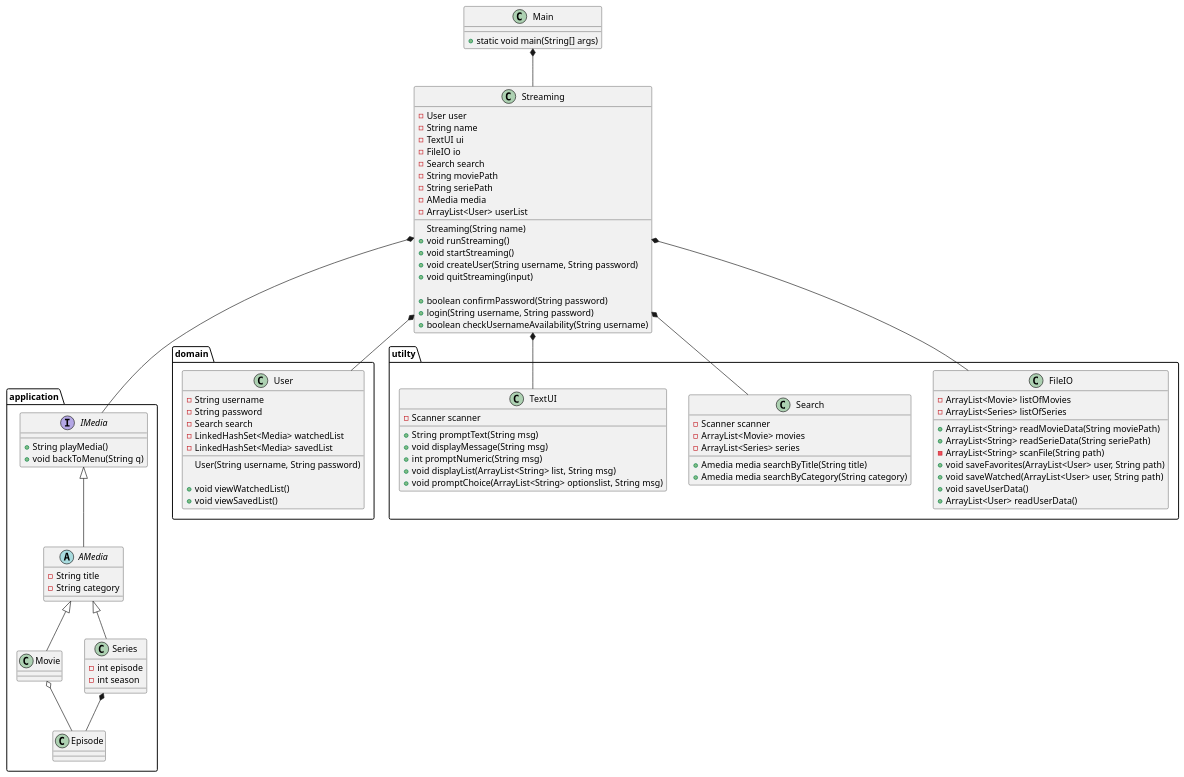
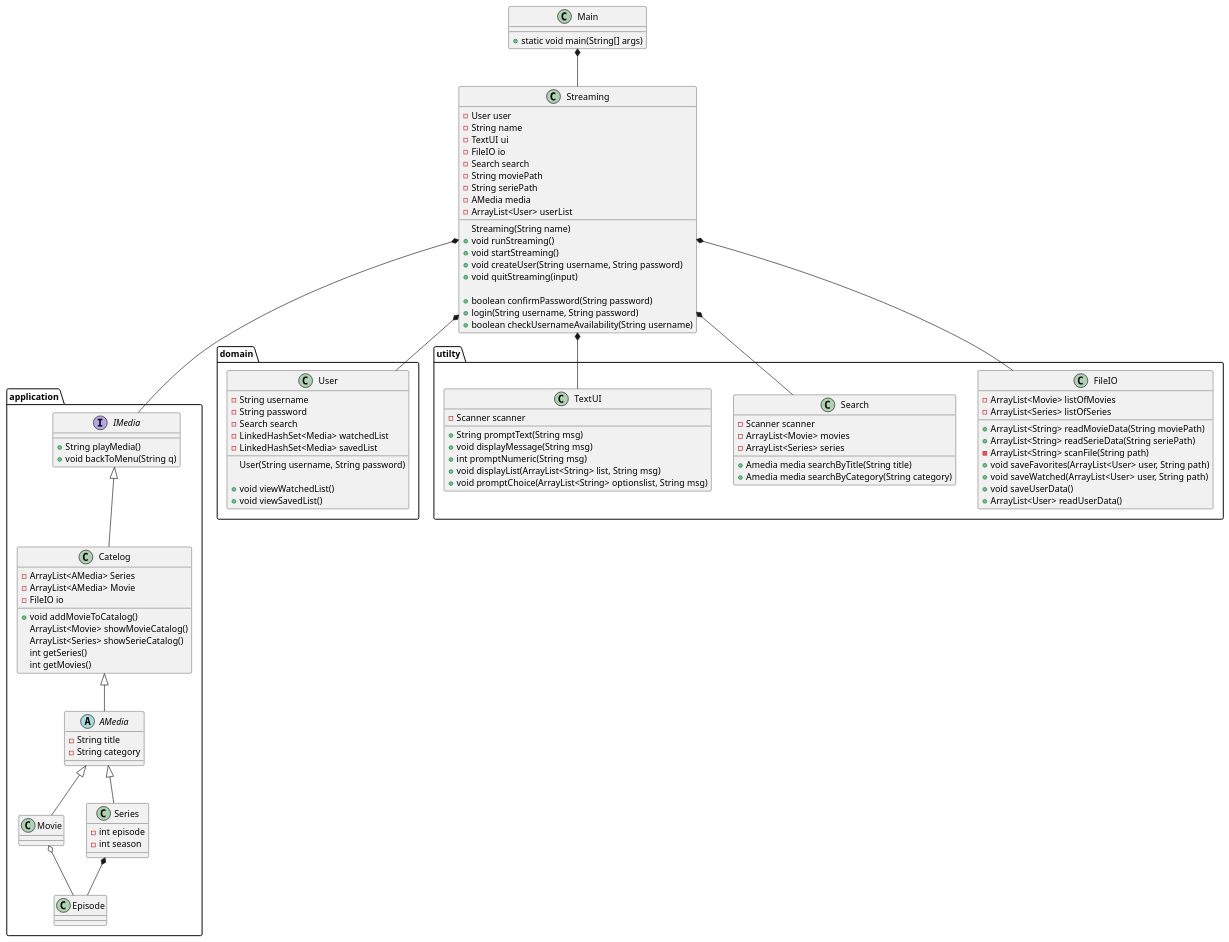
One commit to mrPrimeBeef/Sem1-Project-MovieStream changed the diagram in Doc/Static/ClassDiagramv2.puml. Above: the diagram before and after it, drawn with PlantUML. The commit also changed 4 other files, not shown here.

```diff
--- a/Doc/Static/ClassDiagramv2.puml
+++ b/Doc/Static/ClassDiagramv2.puml
@@ -1,124 +1,137 @@
 @startuml
 
 class Main {
 + static void main(String[] args)
 }
 package application{
 interface IMedia {
 + String playMedia()
 + void backToMenu(String q)
 '+ pauseMedia()
 }
 
 abstract AMedia {
 - String title
 - String category
 
 }
 
 class Movie {
 
+}
+
+class Catelog{
+- ArrayList<AMedia> Series
+- ArrayList<AMedia> Movie
+- FileIO io
+
++ void addMovieToCatalog()
+ArrayList<Movie> showMovieCatalog()
+ArrayList<Series> showSerieCatalog()
+int getSeries()
+int getMovies()
 }
 
 
 class Series {
 - int episode
 - int season
 }
 class Episode{
 
 }
 }
 
 package domain{
 class User {
 - String username
 - String password
 - Search search
 - LinkedHashSet<Media> watchedList
 - LinkedHashSet<Media> savedList
 
 User(String username, String password)
 
 + void viewWatchedList()
 + void viewSavedList()
 }
 }
 
 class Streaming {
 - User user
 - String name
 - TextUI ui
 - FileIO io
 - Search search
 - String moviePath
 - String seriePath
 - AMedia media
 - ArrayList<User> userList
 Streaming(String name)
 + void runStreaming()
 + void startStreaming()
 + void createUser(String username, String password)
 + void quitStreaming(input)
 
 + boolean confirmPassword(String password)
 + login(String username, String password)
 + boolean checkUsernameAvailability(String username)
 }
 
 
 package utilty{
 class FileIO {
 - ArrayList<Movie> listOfMovies
 - ArrayList<Series> listOfSeries
 + ArrayList<String> readMovieData(String moviePath)
 + ArrayList<String> readSerieData(String seriePath)
 - ArrayList<String> scanFile(String path)
 + void saveFavorites(ArrayList<User> user, String path)
 + void saveWatched(ArrayList<User> user, String path)
 + void saveUserData()
 + ArrayList<User> readUserData()
 }
 
 class Search {
 - Scanner scanner
 - ArrayList<Movie> movies
 - ArrayList<Series> series
 + Amedia media searchByTitle(String title)
 + Amedia media searchByCategory(String category)
 
 }
 class TextUI {
 - Scanner scanner
 + String promptText(String msg)
 + void displayMessage(String msg)
 + int promptNumeric(String msg)
 + void displayList(ArrayList<String> list, String msg)
 + void promptChoice(ArrayList<String> optionslist, String msg)
 }
 }
 
 
 Main *-- Streaming
 Streaming *-- IMedia
 Streaming *-- User
 Streaming *-- Search
 Streaming *-- TextUI
-IMedia <|-- AMedia
+IMedia <|-- Catelog
+Catelog <|-- AMedia
 Streaming *-- FileIO
 AMedia <|-- Movie
 AMedia  <|-- Series
 Series *-- Episode
 Movie o-- Episode
 
 'https://devhints.io/plantuml
 'Car <|-- SmallCar      # extension
 'Car *-- Engine         # composition
 'Cars o-- Car           # aggregation
 'Car <|.. SmallCar      # dotted line (use .. instead of --)
 'Car <|--* Car
 
 '-left->
 '-right->
 
 @enduml
```
